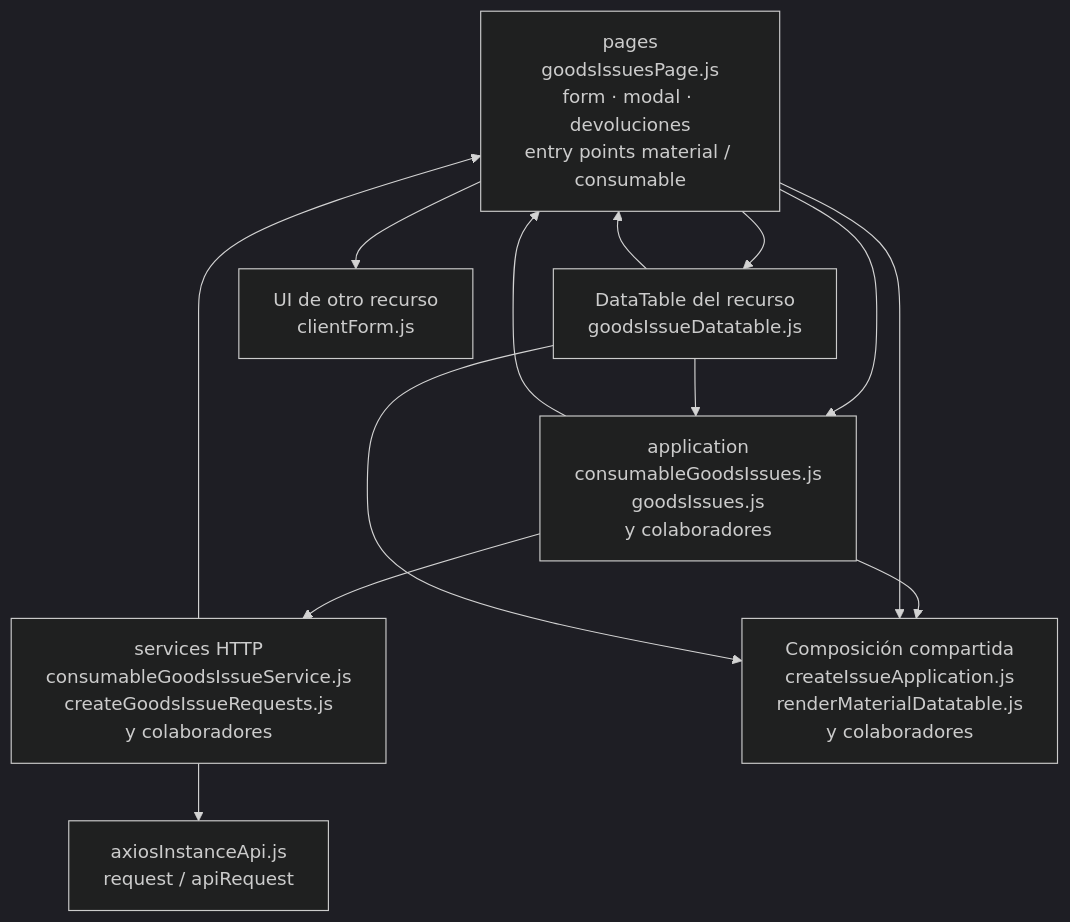
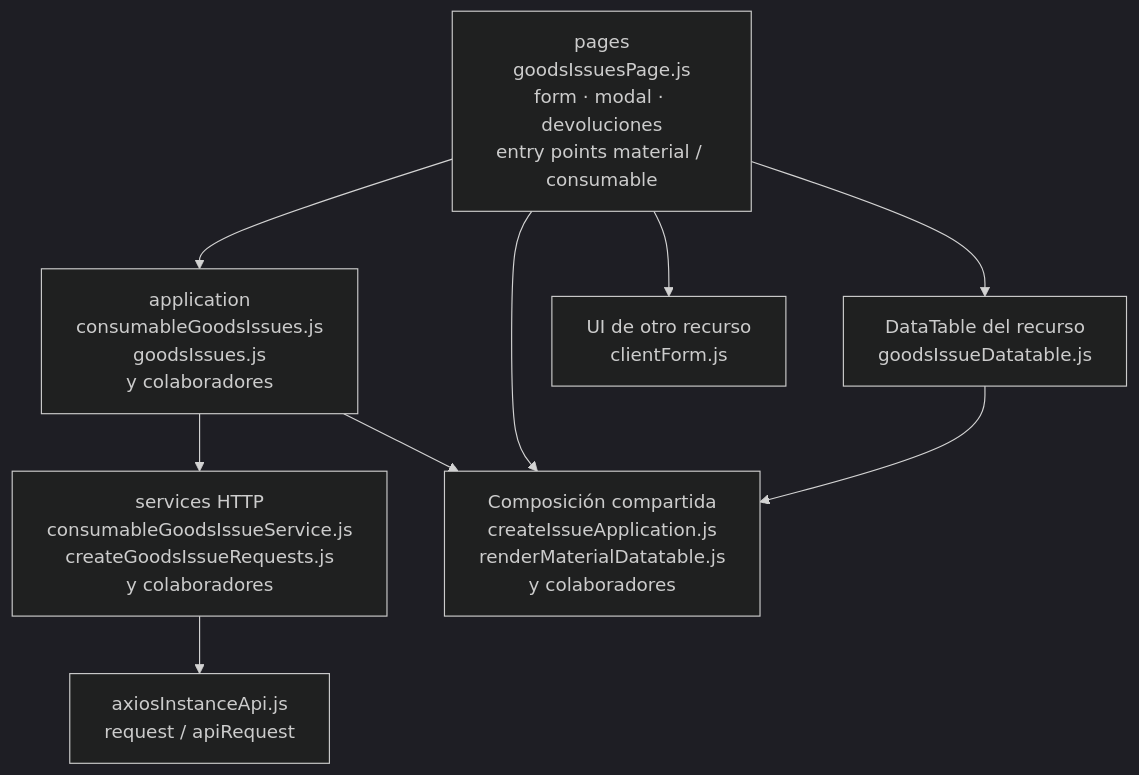
Before and after one commit to gpgsistemas01/nexus: the diagram in docs/architecture/views/development/frontend-technical-documentation/13-goods-issues-code.md, drawn with Mermaid (dark theme). The commit also changed other lines of this file and 200 other files, not shown here.

````diff
--- a/docs/architecture/views/development/frontend-technical-documentation/13-goods-issues-code.md
+++ b/docs/architecture/views/development/frontend-technical-documentation/13-goods-issues-code.md
@@ -7,22 +7,18 @@
 ```mermaid
 flowchart TB
     P["pages<br/>goodsIssuesPage.js<br/>form · modal · devoluciones<br/>entry points material / consumable"]
     A["application<br/>consumableGoodsIssues.js<br/>goodsIssues.js<br/>y colaboradores"]
     R["services HTTP<br/>consumableGoodsIssueService.js<br/>createGoodsIssueRequests.js<br/>y colaboradores"]
     T["DataTable del recurso<br/>goodsIssueDatatable.js"]
     L["UI de otro recurso<br/>clientForm.js"]
     U["Composición compartida<br/>createIssueApplication.js<br/>renderMaterialDatatable.js<br/>y colaboradores"]
     H["axiosInstanceApi.js<br/>request / apiRequest"]
-    A --> P
     A --> R
     A --> U
     P --> A
     P --> L
     P --> T
     P --> U
     R --> H
-    R --> P
-    T --> A
-    T --> P
     T --> U
 ```
````
